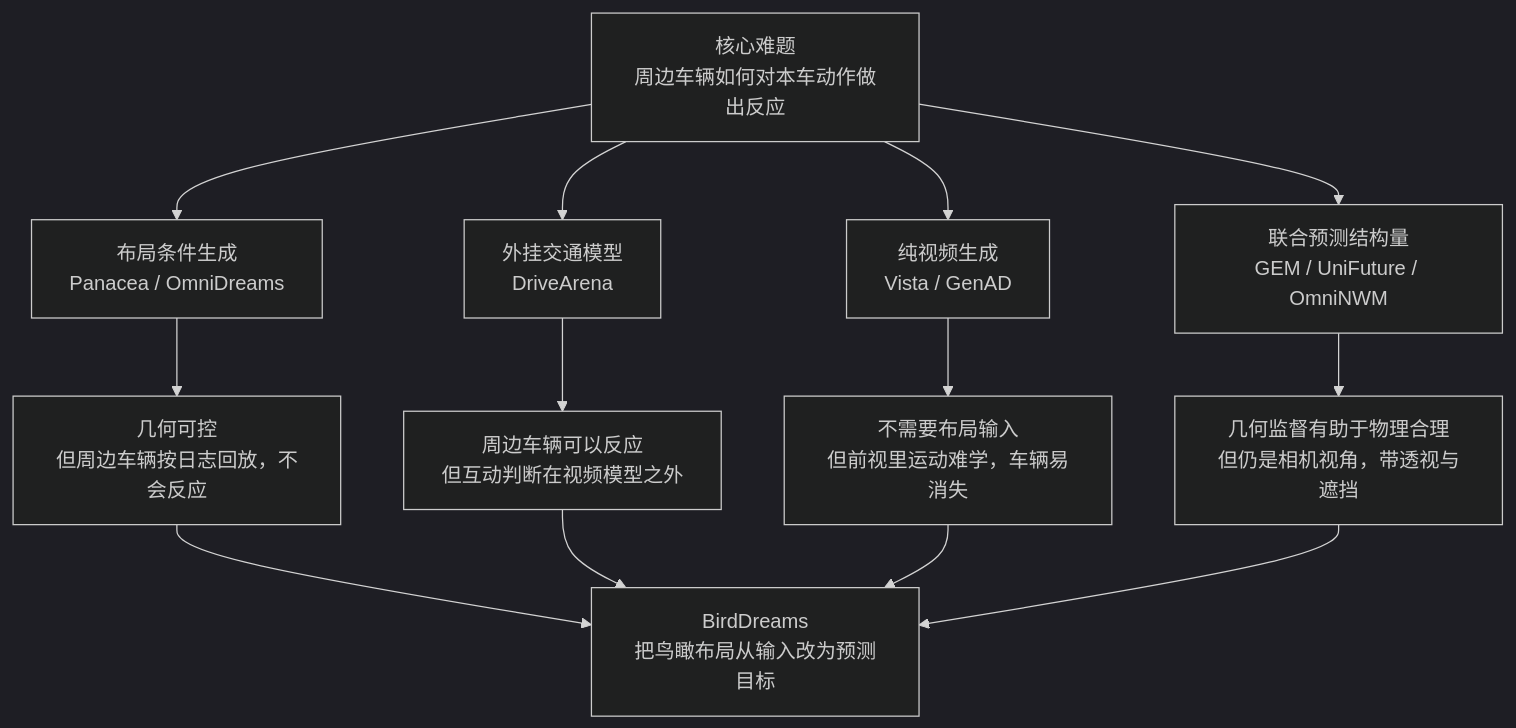
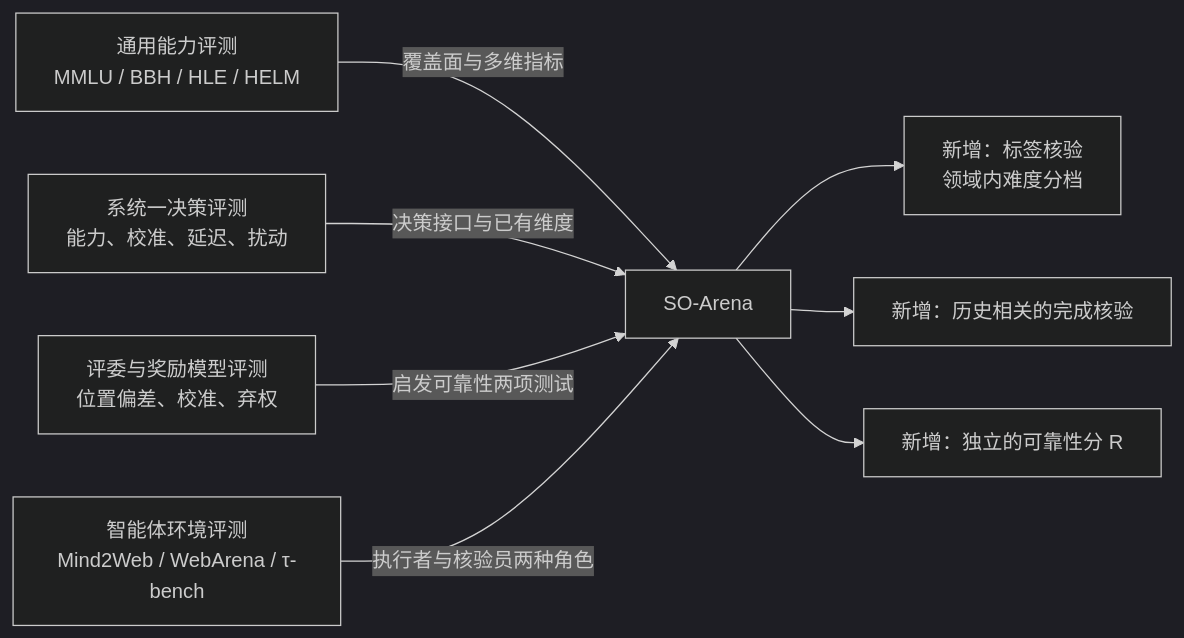
One commit to yingwang/paper-reads changed the first of 5 diagrams in docs/index.md. Above: the diagram before and after it, drawn with Mermaid (dark theme). The commit also changed other lines of this file and 2 other files, not shown here.

First line of the commit message:
Add 2026-11-14-so-arena-system-one-capability-reliability

````diff
--- a/docs/index.md
+++ b/docs/index.md
@@ -94,15 +97,10 @@
 ```mermaid
-flowchart TB
-    A["核心难题<br/>周边车辆如何对本车动作做出反应"] --> B["布局条件生成<br/>Panacea / OmniDreams"]
-    A --> C["外挂交通模型<br/>DriveArena"]
-    A --> D["纯视频生成<br/>Vista / GenAD"]
-    A --> E["联合预测结构量<br/>GEM / UniFuture / OmniNWM"]
-    B --> B1["几何可控<br/>但周边车辆按日志回放，不会反应"]
-    C --> C1["周边车辆可以反应<br/>但互动判断在视频模型之外"]
-    D --> D1["不需要布局输入<br/>但前视里运动难学，车辆易消失"]
-    E --> E1["几何监督有助于物理合理<br/>但仍是相机视角，带透视与遮挡"]
-    B1 --> F["BirdDreams<br/>把鸟瞰布局从输入改为预测目标"]
-    C1 --> F
-    D1 --> F
-    E1 --> F
+graph LR
+    A["通用能力评测<br/>MMLU / BBH / HLE / HELM"] -->|覆盖面与多维指标| S["SO-Arena"]
+    B["系统一决策评测<br/>能力、校准、延迟、扰动"] -->|决策接口与已有维度| S
+    C["评委与奖励模型评测<br/>位置偏差、校准、弃权"] -->|启发可靠性两项测试| S
+    D["智能体环境评测<br/>Mind2Web / WebArena / τ-bench"] -->|执行者与核验员两种角色| S
+    S --> E["新增：标签核验<br/>领域内难度分档"]
+    S --> F["新增：历史相关的完成核验"]
+    S --> G["新增：独立的可靠性分 R"]
 ```
````
